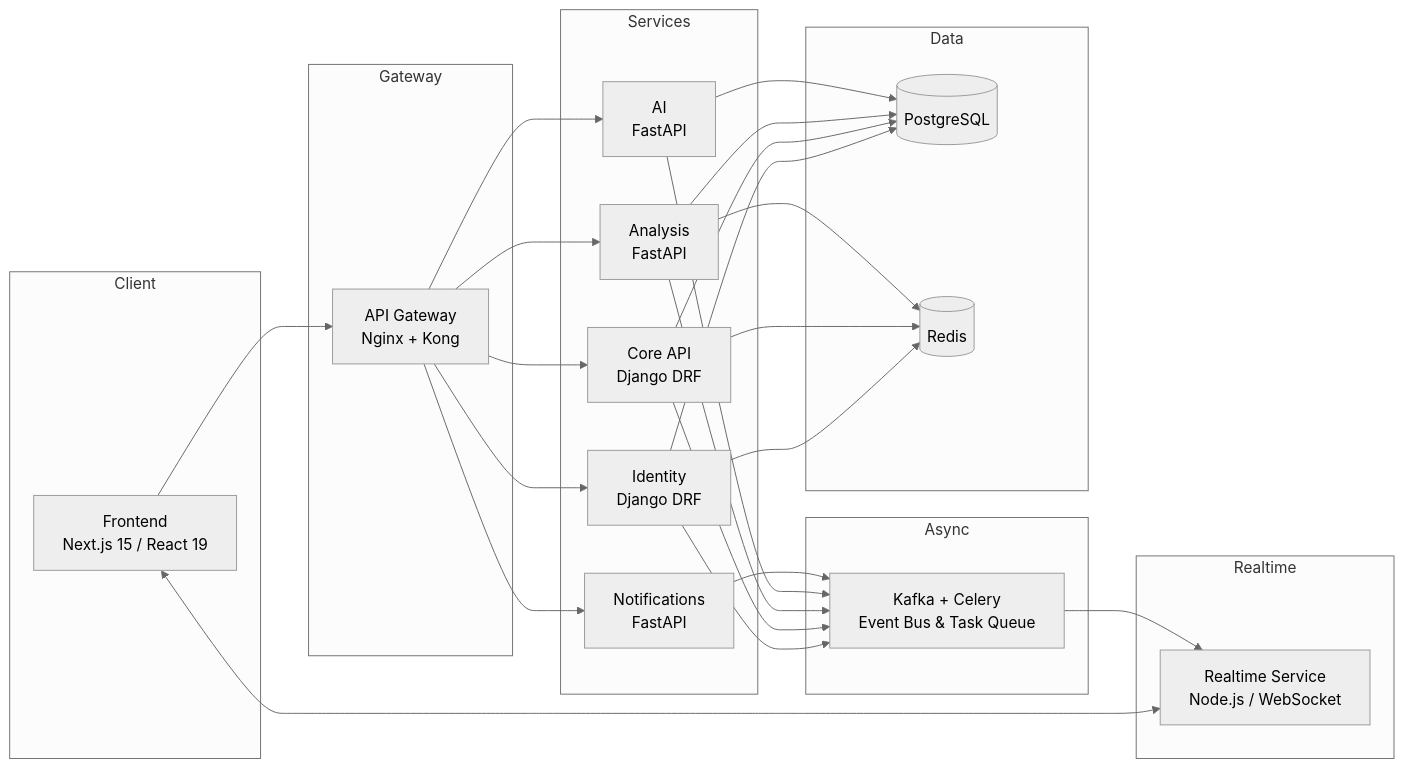
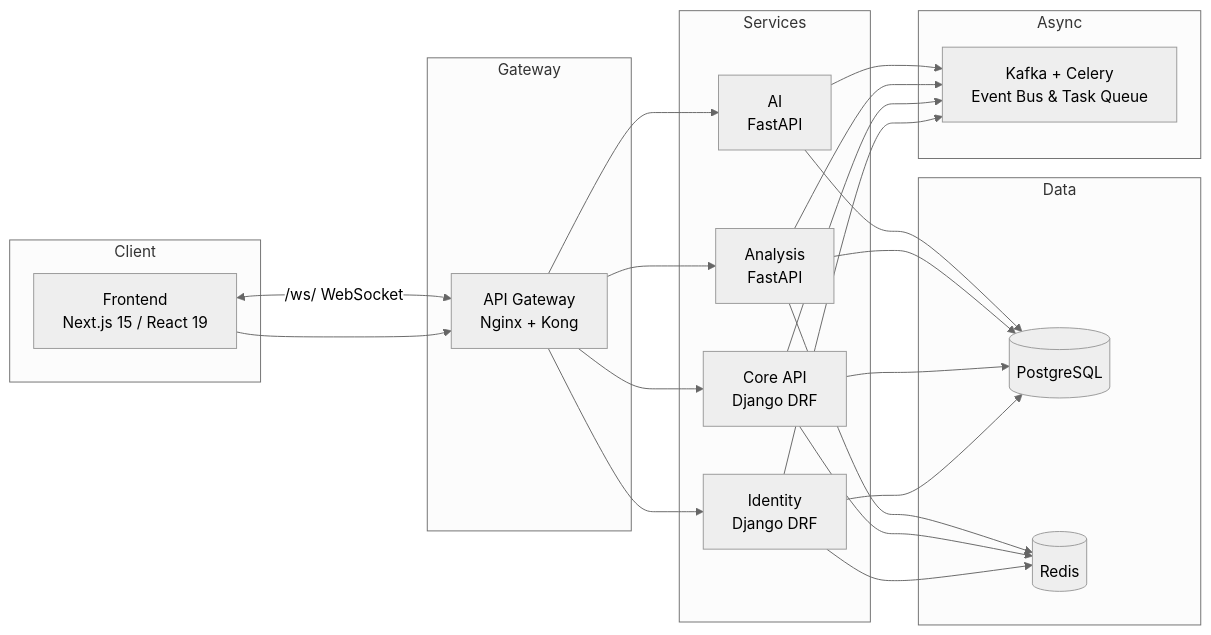
The diagram in README.md (nkswalih/kraivor), drawn with Mermaid (neutral theme) before and after one commit. The commit also changed other lines of this file and 42 other files, not shown here.

First line of the commit message:
chore(migration): remove dead notifications/realtime services (Phase 0.5)

````diff
--- a/README.md
+++ b/README.md
@@ -114,54 +114,46 @@
 ```mermaid
 flowchart LR
     subgraph Client
         FE[Frontend<br/>Next.js 15 / React 19]
     end
  
     subgraph Gateway
         GW[API Gateway<br/>Nginx + Kong]
     end
  
     subgraph Services
         ID[Identity<br/>Django DRF]
         CORE[Core API<br/>Django DRF]
         AN[Analysis<br/>FastAPI]
         AI[AI<br/>FastAPI]
-        NOTIF[Notifications<br/>FastAPI]
-    end
- 
-    subgraph Realtime
-        WS[Realtime Service<br/>Node.js / WebSocket]
     end
  
     subgraph Async
         Q[Kafka + Celery<br/>Event Bus & Task Queue]
     end
  
     subgraph Data
         DB[(PostgreSQL)]
         CACHE[(Redis)]
     end
  
     FE --> GW
-    FE <--> WS
+    FE <-->|/ws/ WebSocket| GW
     GW --> ID
     GW --> CORE
     GW --> AN
     GW --> AI
-    GW --> NOTIF
  
     ID --> Q
     CORE --> Q
     AN --> Q
     AI --> Q
-    NOTIF --> Q
  
-    Q --> WS
     ID --> DB
     CORE --> DB
     AN --> DB
     AI --> DB
     ID --> CACHE
     CORE --> CACHE
     AN --> CACHE
 ```
````
